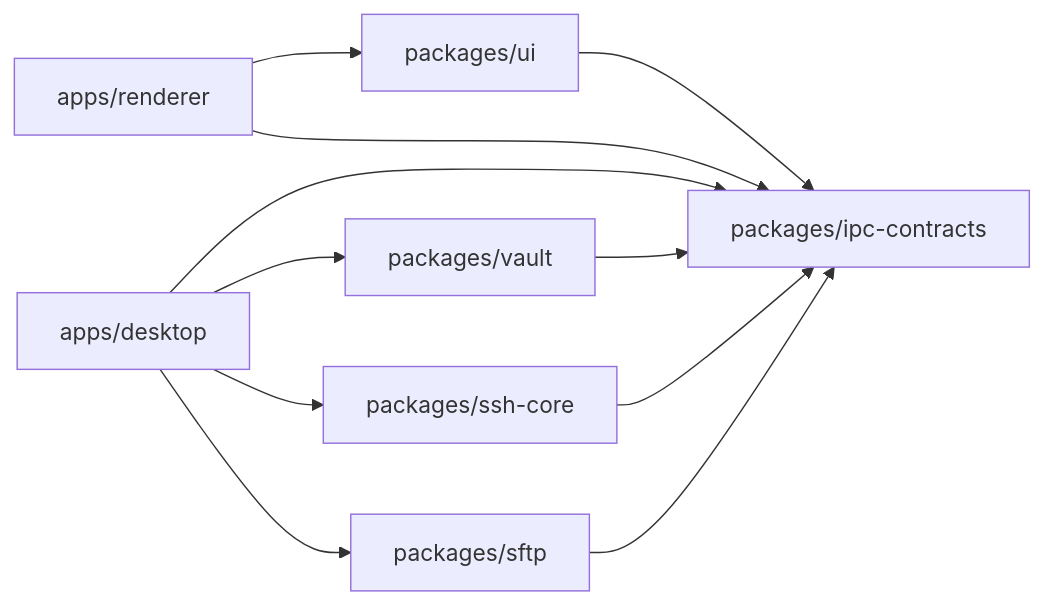
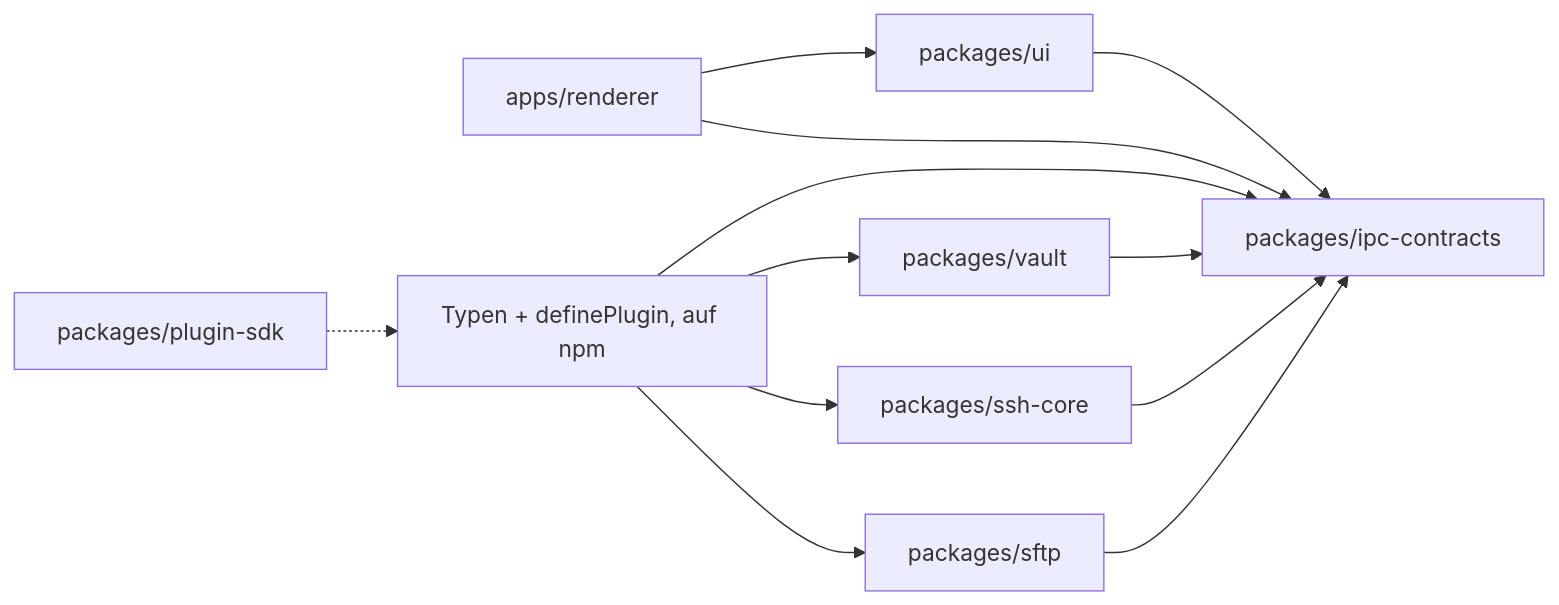
The second of 2 diagrams in ARCHITECTURE.md (alexanderkochdev/local-ssh-central), drawn with Mermaid before and after one commit. The commit also changed other lines of this file and 45 other files, not shown here.

````diff
--- a/ARCHITECTURE.md
+++ b/ARCHITECTURE.md
@@ -64,13 +72,14 @@
 ```mermaid
 graph LR
   renderer[apps/renderer] --> ui[packages/ui]
   renderer --> ipc[packages/ipc-contracts]
   desktop[apps/desktop] --> ipc
   desktop --> vault[packages/vault]
   desktop --> ssh[packages/ssh-core]
   desktop --> sftp[packages/sftp]
   ssh --> ipc
   sftp --> ipc
   vault --> ipc
   ui --> ipc
+  sdk[packages/plugin-sdk] -.-> desktop[Typen + definePlugin, auf npm]
 ```
````
